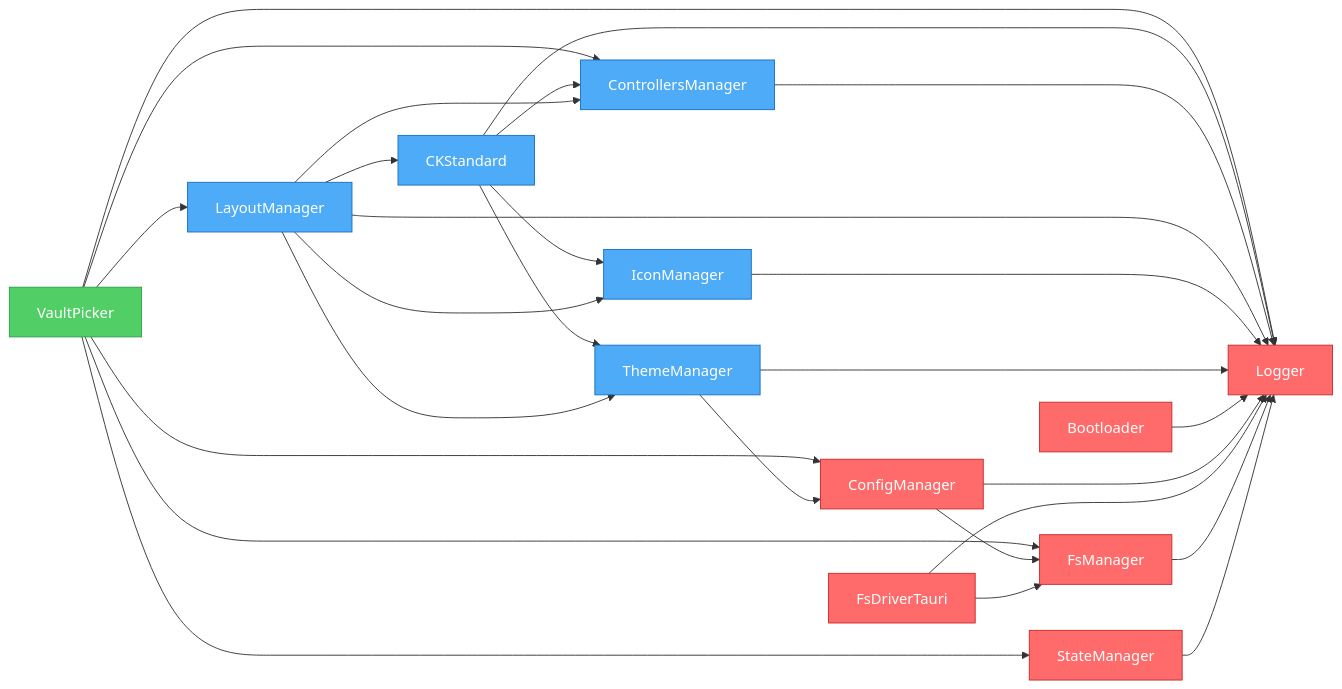
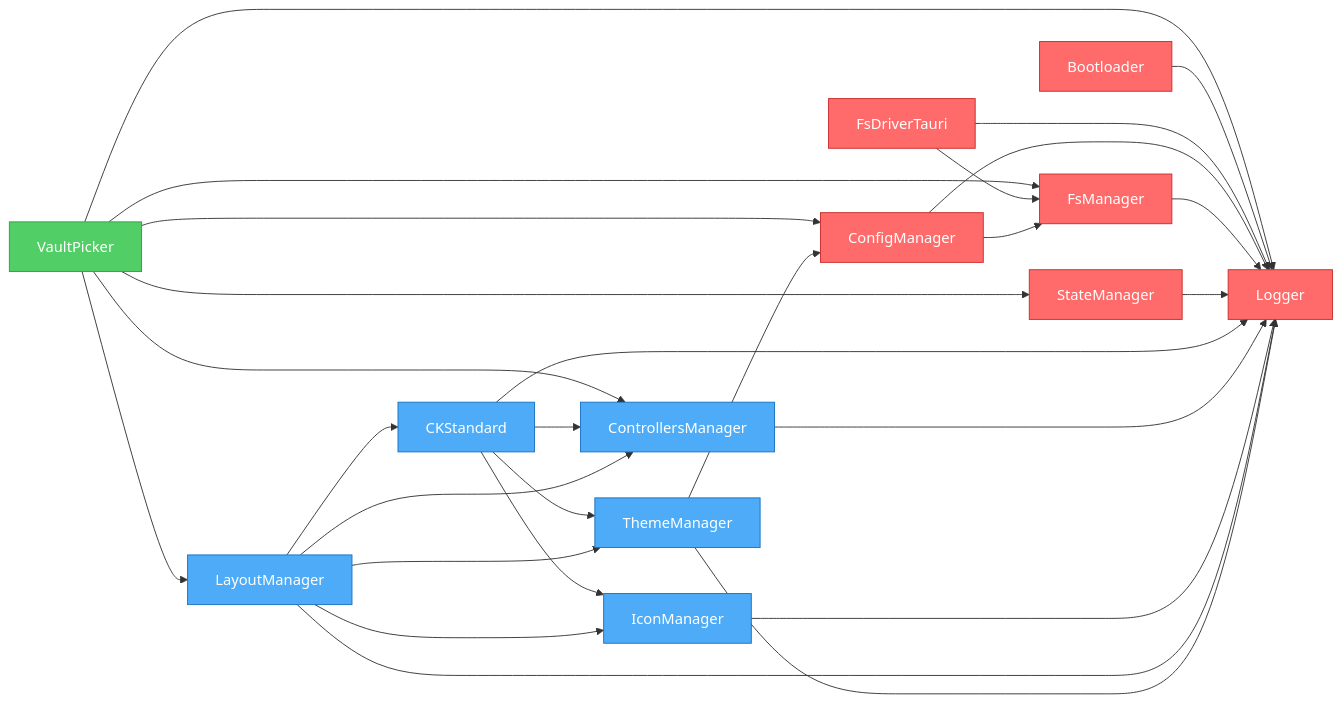
The diagram in artifacts/graph.mmd (khton-tech/notehub.md), drawn with Mermaid before and after one commit. The commit also changed 9 other files, not shown here.

Commit message:
feat: implement theme manager plugin, foundational UI components, and initial vault picker feature.

```diff
--- a/artifacts/graph.mmd
+++ b/artifacts/graph.mmd
@@ -1,47 +1,47 @@
 flowchart LR
     nh_features_vault-picker["VaultPicker"]
+    nh_system_bootloader["Bootloader"]
+    nh_system_fs-driver-tauri["FsDriverTauri"]
+    nh_system_config-manager["ConfigManager"]
+    nh_system_fs-manager["FsManager"]
+    nh_system_logger["Logger"]
+    nh_system_state-manager["StateManager"]
     nh_ui_ck-standard["CKStandard"]
     nh_ui_controllers-manager["ControllersManager"]
+    nh_ui_icon-manager["IconManager"]
     nh_ui_layout-manager["LayoutManager"]
-    nh_ui_icon-manager["IconManager"]
     nh_ui_theme-manager["ThemeManager"]
-    nh_system_bootloader["Bootloader"]
-    nh_system_config-manager["ConfigManager"]
-    nh_system_fs-driver-tauri["FsDriverTauri"]
-    nh_system_fs-manager["FsManager"]
-    nh_system_state-manager["StateManager"]
-    nh_system_logger["Logger"]
     nh_features_vault-picker --> nh_system_fs-manager
     nh_features_vault-picker --> nh_system_config-manager
     nh_features_vault-picker --> nh_system_state-manager
     nh_features_vault-picker --> nh_system_logger
     nh_features_vault-picker --> nh_ui_controllers-manager
     nh_features_vault-picker --> nh_ui_layout-manager
+    nh_system_bootloader --> nh_system_logger
+    nh_system_fs-driver-tauri --> nh_system_logger
+    nh_system_fs-driver-tauri --> nh_system_fs-manager
+    nh_system_config-manager --> nh_system_logger
+    nh_system_config-manager --> nh_system_fs-manager
+    nh_system_fs-manager --> nh_system_logger
+    nh_system_state-manager --> nh_system_logger
     nh_ui_ck-standard --> nh_system_logger
     nh_ui_ck-standard --> nh_ui_controllers-manager
     nh_ui_ck-standard --> nh_ui_icon-manager
     nh_ui_ck-standard --> nh_ui_theme-manager
     nh_ui_controllers-manager --> nh_system_logger
+    nh_ui_icon-manager --> nh_system_logger
     nh_ui_layout-manager --> nh_system_logger
     nh_ui_layout-manager --> nh_ui_theme-manager
     nh_ui_layout-manager --> nh_ui_icon-manager
     nh_ui_layout-manager --> nh_ui_controllers-manager
     nh_ui_layout-manager --> nh_ui_ck-standard
-    nh_ui_icon-manager --> nh_system_logger
     nh_ui_theme-manager --> nh_system_logger
     nh_ui_theme-manager --> nh_system_config-manager
-    nh_system_bootloader --> nh_system_logger
-    nh_system_config-manager --> nh_system_logger
-    nh_system_config-manager --> nh_system_fs-manager
-    nh_system_fs-driver-tauri --> nh_system_logger
-    nh_system_fs-driver-tauri --> nh_system_fs-manager
-    nh_system_fs-manager --> nh_system_logger
-    nh_system_state-manager --> nh_system_logger
 
     %% Styles
     classDef system fill:#ff6b6b,stroke:#c92a2a,color:#fff
     classDef ui fill:#4dabf7,stroke:#1971c2,color:#fff
     classDef feature fill:#51cf66,stroke:#2f9e44,color:#fff
     class nh_features_vault-picker feature
-    class nh_ui_ck-standard,nh_ui_controllers-manager,nh_ui_layout-manager,nh_ui_icon-manager,nh_ui_theme-manager ui
-    class nh_system_bootloader,nh_system_config-manager,nh_system_fs-driver-tauri,nh_system_fs-manager,nh_system_state-manager,nh_system_logger system
+    class nh_system_bootloader,nh_system_fs-driver-tauri,nh_system_config-manager,nh_system_fs-manager,nh_system_logger,nh_system_state-manager system
+    class nh_ui_ck-standard,nh_ui_controllers-manager,nh_ui_icon-manager,nh_ui_layout-manager,nh_ui_theme-manager ui
```
